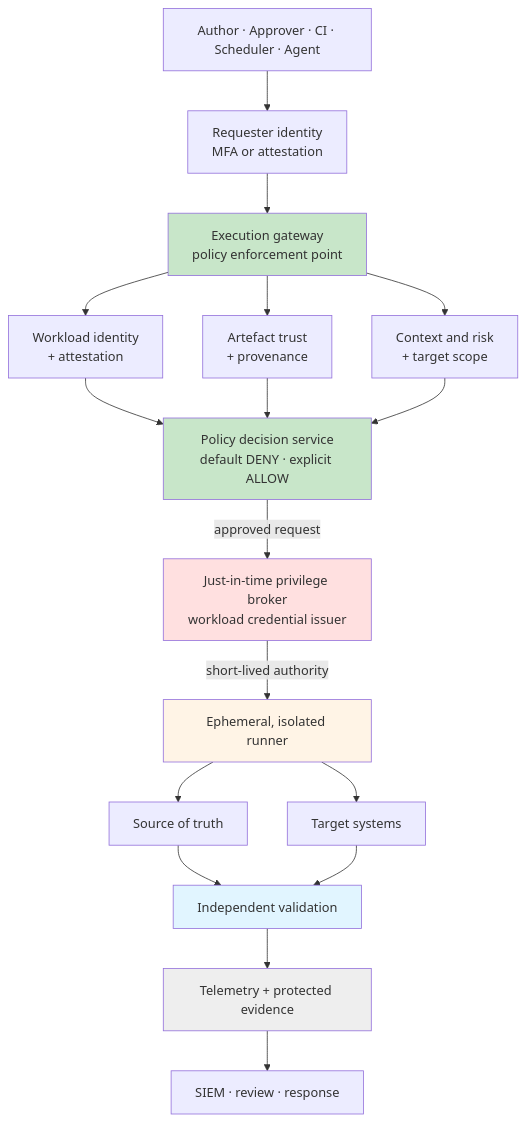
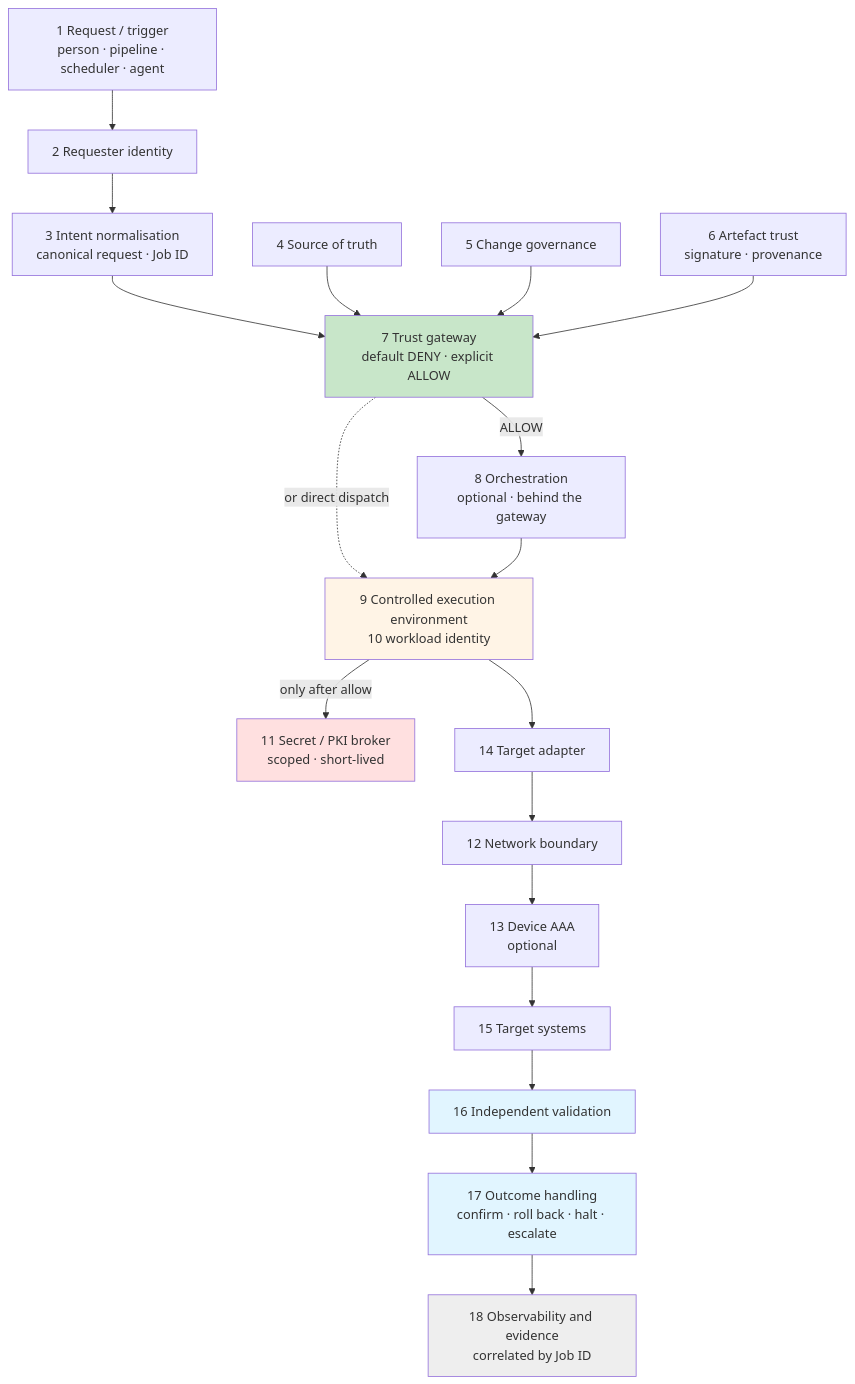
The first of 3 diagrams in docs/foundation/reference-architectures/trusted-automation-execution/architecture.md (Nautomation-Prime/nautomation-prime.github.io), drawn with Mermaid before and after one commit. The commit also changed other lines of this file and 6 other files, not shown here.

````diff
--- a/docs/foundation/reference-architectures/trusted-automation-execution/architecture.md
+++ b/docs/foundation/reference-architectures/trusted-automation-execution/architecture.md
@@ -27,26 +99,27 @@
 ```mermaid
 graph TD
-    RQ[Author · Approver · CI · Scheduler · Agent] --> ID[Requester identity<br/>MFA or attestation]
-    ID --> GW[Execution gateway<br/>policy enforcement point]
-    GW --> WI[Workload identity<br/>+ attestation]
-    GW --> AT[Artefact trust<br/>+ provenance]
-    GW --> CX[Context and risk<br/>+ target scope]
-    WI --> PD[Policy decision service<br/>default DENY · explicit ALLOW]
-    AT --> PD
-    CX --> PD
-    PD -->|approved request| PB[Just-in-time privilege broker<br/>workload credential issuer]
-    PB -->|short-lived authority| RN[Ephemeral, isolated runner]
-    RN --> SOT[Source of truth]
-    RN --> TG[Target systems]
-    SOT --> VA[Independent validation]
-    TG --> VA
-    VA --> EV[Telemetry + protected evidence]
-    EV --> SI[SIEM · review · response]
+    RQ[1 Request / trigger<br/>person · pipeline · scheduler · agent] --> ID[2 Requester identity]
+    ID --> IN[3 Intent normalisation<br/>canonical request · Job ID]
+    IN --> GW[7 Trust gateway<br/>default DENY · explicit ALLOW]
+    SOT[4 Source of truth] --> GW
+    CG[5 Change governance] --> GW
+    AT[6 Artefact trust<br/>signature · provenance] --> GW
+    GW -->|ALLOW| OR[8 Orchestration<br/>optional · behind the gateway]
+    GW -.->|or direct dispatch| RN
+    OR --> RN[9 Controlled execution environment<br/>10 workload identity]
+    RN -->|only after allow| SB[11 Secret / PKI broker<br/>scoped · short-lived]
+    RN --> AD[14 Target adapter]
+    AD --> NB[12 Network boundary]
+    NB --> AAA[13 Device AAA<br/>optional]
+    AAA --> TG[15 Target systems]
+    TG --> VA[16 Independent validation]
+    VA --> OH[17 Outcome handling<br/>confirm · roll back · halt · escalate]
+    OH --> EV[18 Observability and evidence<br/>correlated by Job ID]
 
     style GW fill:#c8e6c9
-    style PD fill:#c8e6c9
-    style PB fill:#ffe0e0
+    style SB fill:#ffe0e0
     style RN fill:#fff4e6
     style VA fill:#e1f5ff
+    style OH fill:#e1f5ff
     style EV fill:#eeeeee
 ```
````
